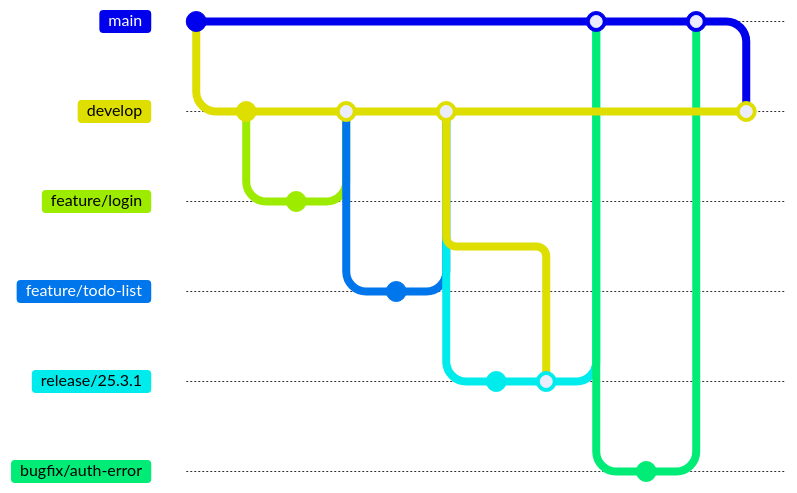
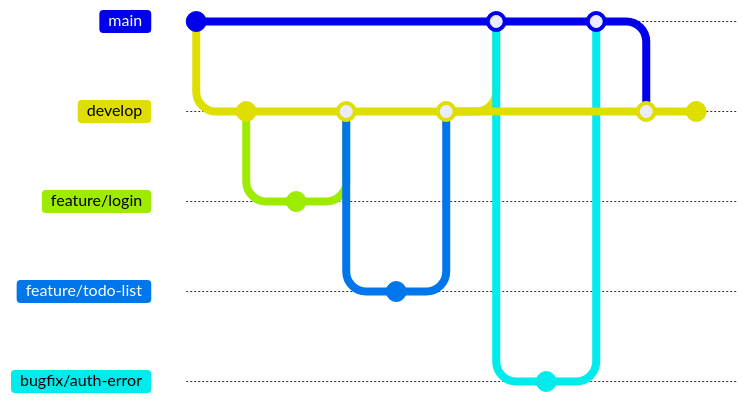
The diagram in README.md (personal-cpa/personal_cpa_back), drawn with Mermaid before and after one commit. Commit ids are hidden.

````diff
--- a/README.md
+++ b/README.md
@@ -106,30 +106,27 @@
 ```mermaid
 gitGraph
     commit
     branch develop
     checkout develop
     commit
     branch feature/login
     checkout feature/login
     commit
     checkout develop
     merge feature/login
     branch feature/todo-list
     checkout feature/todo-list
     commit
     checkout develop
     merge feature/todo-list
-    branch release/25.3.1
-    checkout release/25.3.1
-    commit
+    checkout main
     merge develop
-    checkout main
-    merge release/25.3.1
     branch bugfix/auth-error
     checkout bugfix/auth-error
     commit
     checkout main
     merge bugfix/auth-error
     checkout develop
     merge main
+    commit
 ```
````
